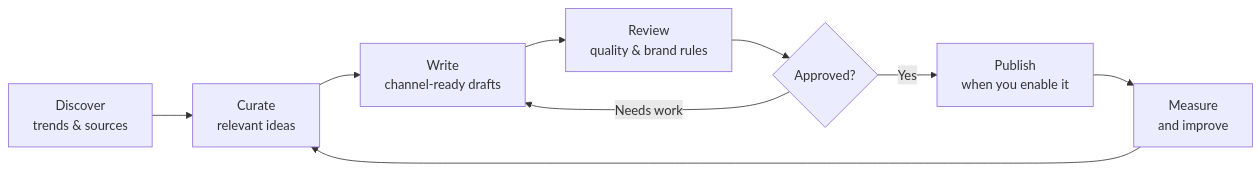
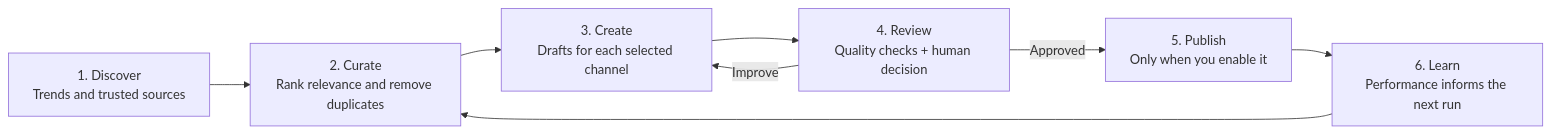
The first of 2 diagrams in README.md (luisroquette/social-machine-for-all), drawn with Mermaid before and after one commit. The commit also changed other lines of this file and 1 other file, not shown here.

Commit message:
docs: create a visual product narrative

````diff
--- a/README.md
+++ b/README.md
@@ -33,11 +68,10 @@
 ```mermaid
 flowchart LR
-  A[Discover\ntrends & sources] --> B[Curate\nrelevant ideas]
-  B --> C[Write\nchannel-ready drafts]
-  C --> D[Review\nquality & brand rules]
-  D --> E{Approved?}
-  E -- Yes --> F[Publish\nwhen you enable it]
-  E -- Needs work --> C
-  F --> G[Measure\nand improve]
-  G --> B
+  A[1. Discover\nTrends and trusted sources] --> B[2. Curate\nRank relevance and remove duplicates]
+  B --> C[3. Create\nDrafts for each selected channel]
+  C --> D[4. Review\nQuality checks + human decision]
+  D -->|Approved| E[5. Publish\nOnly when you enable it]
+  D -->|Improve| C
+  E --> F[6. Learn\nPerformance informs the next run]
+  F --> B
 ```
````
